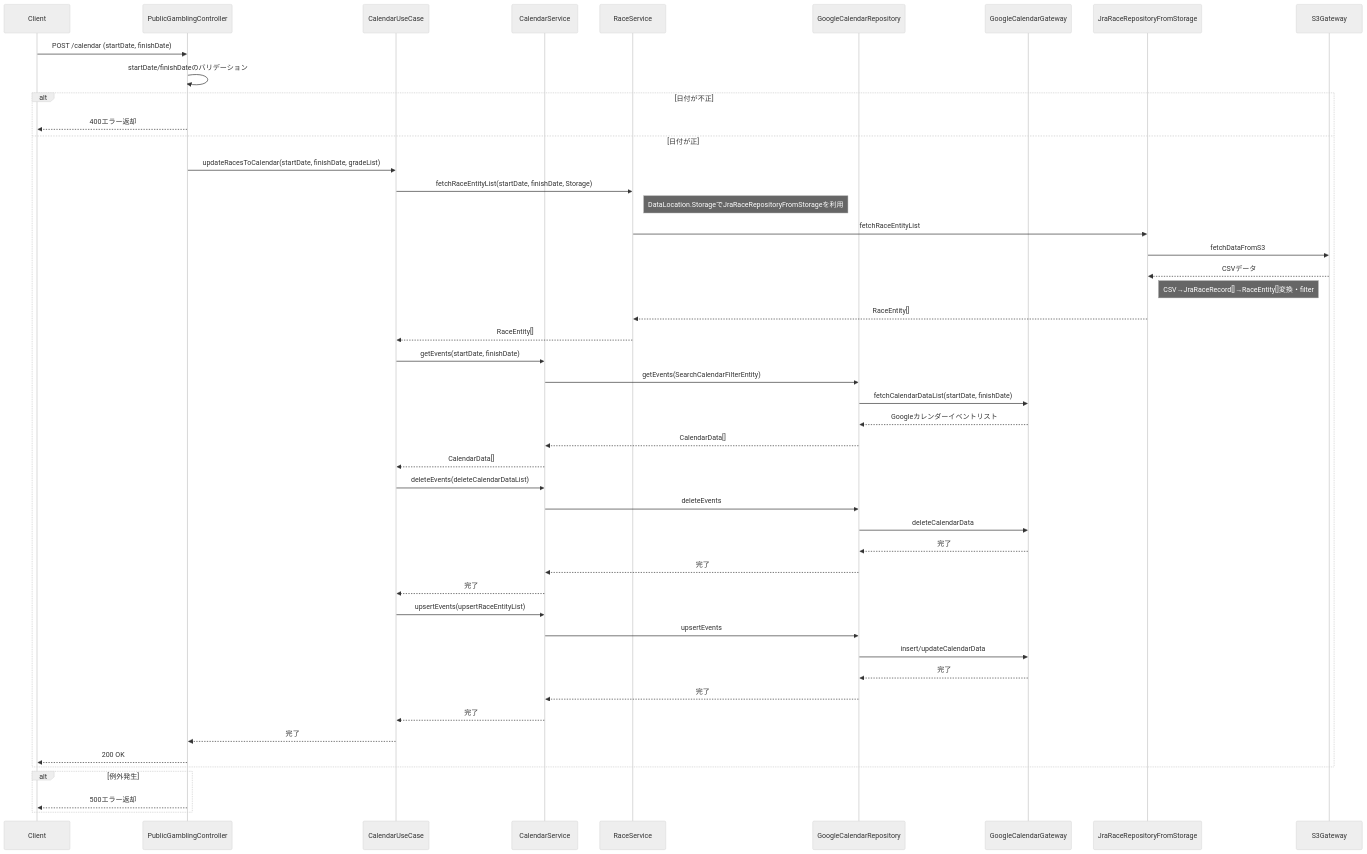
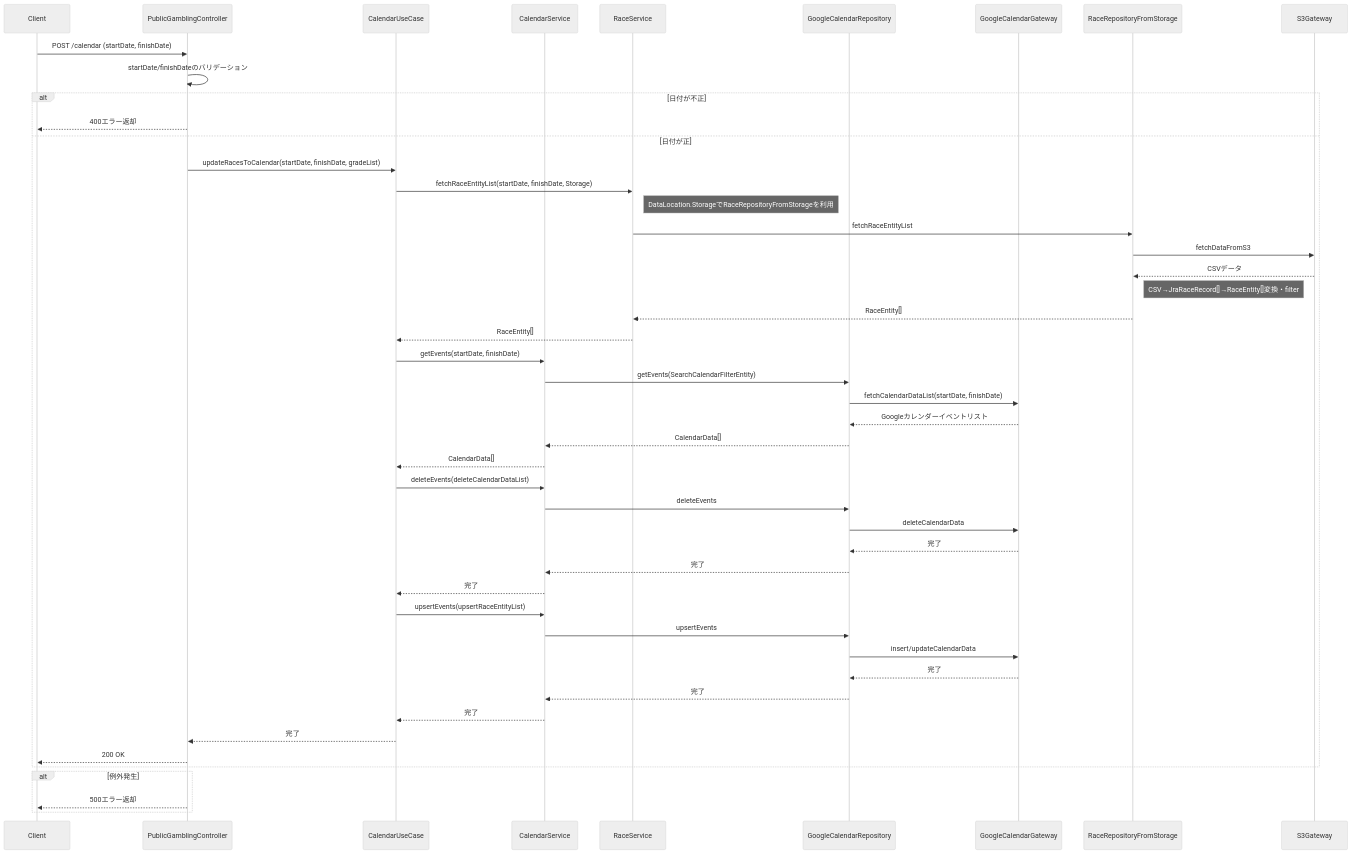
Before and after one commit to taichi6930/race-schedule-api: the diagram in document/detail-design/sequence/publicGambling/updateRacesToCalendar.md, drawn with Mermaid (neutral theme). The commit also changed 2 other files, not shown here.

Commit message:
refactor: JraRaceRepositoryFromStorageをRaceRepositoryFromStorageに変更し、シーケンス図を更新

````diff
--- a/document/detail-design/sequence/publicGambling/updateRacesToCalendar.md
+++ b/document/detail-design/sequence/publicGambling/updateRacesToCalendar.md
@@ -3,49 +3,49 @@
 ```mermaid
 sequenceDiagram
     participant Client
     participant PublicGamblingController
     participant CalendarUseCase
     participant CalendarService
     participant RaceService
     participant GoogleCalendarRepository
     participant GoogleCalendarGateway
 
     Client->>PublicGamblingController: POST /calendar (startDate, finishDate)
     PublicGamblingController->>PublicGamblingController: startDate/finishDateのバリデーション
     alt 日付が不正
         PublicGamblingController-->>Client: 400エラー返却
     else 日付が正
         PublicGamblingController->>CalendarUseCase: updateRacesToCalendar(startDate, finishDate, gradeList)
         CalendarUseCase->>RaceService: fetchRaceEntityList(startDate, finishDate, Storage)
-        note right of RaceService: DataLocation.StorageでJraRaceRepositoryFromStorageを利用
-        RaceService->>JraRaceRepositoryFromStorage: fetchRaceEntityList
-        JraRaceRepositoryFromStorage->>S3Gateway: fetchDataFromS3
-        S3Gateway-->>JraRaceRepositoryFromStorage: CSVデータ
-        note right of JraRaceRepositoryFromStorage: CSV→JraRaceRecord[]→RaceEntity[]変換・filter
-        JraRaceRepositoryFromStorage-->>RaceService: RaceEntity[]
+        note right of RaceService: DataLocation.StorageでRaceRepositoryFromStorageを利用
+        RaceService->>RaceRepositoryFromStorage: fetchRaceEntityList
+        RaceRepositoryFromStorage->>S3Gateway: fetchDataFromS3
+        S3Gateway-->>RaceRepositoryFromStorage: CSVデータ
+        note right of RaceRepositoryFromStorage: CSV→JraRaceRecord[]→RaceEntity[]変換・filter
+        RaceRepositoryFromStorage-->>RaceService: RaceEntity[]
         RaceService-->>CalendarUseCase: RaceEntity[]
         CalendarUseCase->>CalendarService: getEvents(startDate, finishDate)
         CalendarService->>GoogleCalendarRepository: getEvents(SearchCalendarFilterEntity)
         GoogleCalendarRepository->>GoogleCalendarGateway: fetchCalendarDataList(startDate, finishDate)
         GoogleCalendarGateway-->>GoogleCalendarRepository: Googleカレンダーイベントリスト
         GoogleCalendarRepository-->>CalendarService: CalendarData[]
         CalendarService-->>CalendarUseCase: CalendarData[]
         CalendarUseCase->>CalendarService: deleteEvents(deleteCalendarDataList)
         CalendarService->>GoogleCalendarRepository: deleteEvents
         GoogleCalendarRepository->>GoogleCalendarGateway: deleteCalendarData
         GoogleCalendarGateway-->>GoogleCalendarRepository: 完了
         GoogleCalendarRepository-->>CalendarService: 完了
         CalendarService-->>CalendarUseCase: 完了
         CalendarUseCase->>CalendarService: upsertEvents(upsertRaceEntityList)
         CalendarService->>GoogleCalendarRepository: upsertEvents
         GoogleCalendarRepository->>GoogleCalendarGateway: insert/updateCalendarData
         GoogleCalendarGateway-->>GoogleCalendarRepository: 完了
         GoogleCalendarRepository-->>CalendarService: 完了
         CalendarService-->>CalendarUseCase: 完了
         CalendarUseCase-->>PublicGamblingController: 完了
         PublicGamblingController-->>Client: 200 OK
     end
     alt 例外発生
         PublicGamblingController-->>Client: 500エラー返却
     end
 ```
````
